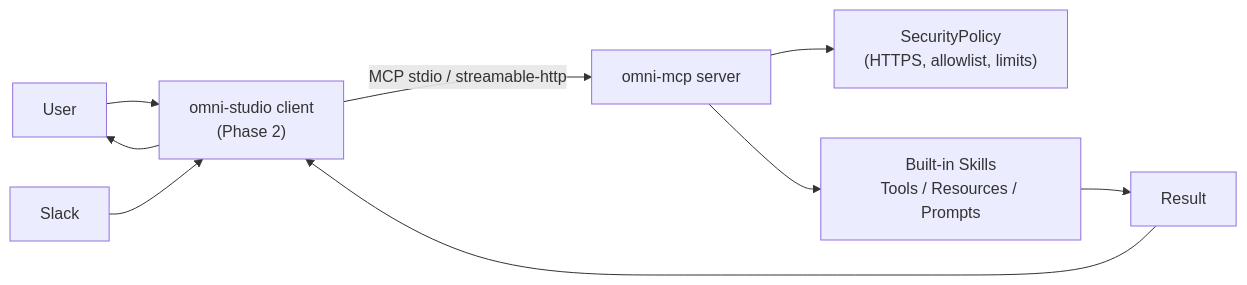
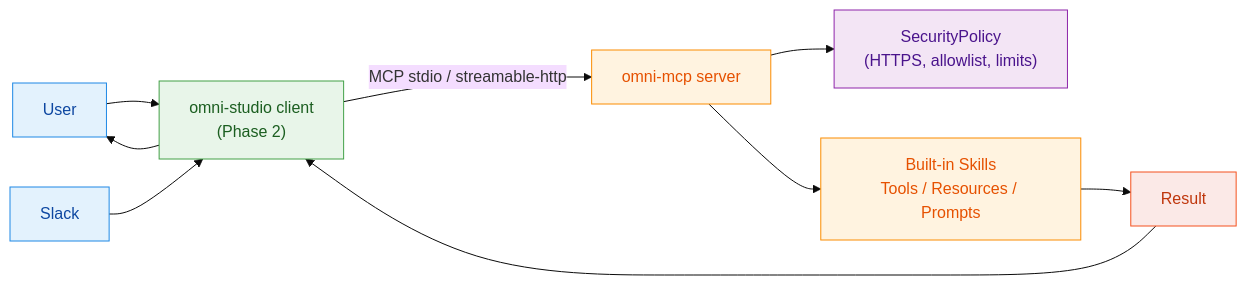
One commit to cloudsteak/omni-mcp changed the first of 3 diagrams in docs/ARCHITECTURE.md. Above: the diagram before and after it, drawn with Mermaid. The commit also changed other lines of this file and 1 other file, not shown here.

Commit message:
feat: enhance Mermaid diagrams with improved styling and structure

````diff
--- a/docs/ARCHITECTURE.md
+++ b/docs/ARCHITECTURE.md
@@ -22,12 +22,25 @@
 ```mermaid
+%%{init: {"theme": "base"}}%%
 flowchart LR
     U[User] --> C["omni-studio client<br/>(Phase 2)"]
     S[Slack] --> C
     C -->|MCP stdio / streamable-http| M[omni-mcp server]
 
     M --> P["SecurityPolicy<br/>(HTTPS, allowlist, limits)"]
     M --> K["Built-in Skills<br/>Tools / Resources / Prompts"]
     K --> R[Result]
     R --> C
     C --> U
+
+    classDef actor fill:#E3F2FD,stroke:#1E88E5,color:#0D47A1,stroke-width:1px;
+    classDef client fill:#E8F5E9,stroke:#43A047,color:#1B5E20,stroke-width:1px;
+    classDef server fill:#FFF3E0,stroke:#FB8C00,color:#E65100,stroke-width:1px;
+    classDef policy fill:#F3E5F5,stroke:#8E24AA,color:#4A148C,stroke-width:1px;
+    classDef result fill:#FBE9E7,stroke:#F4511E,color:#BF360C,stroke-width:1px;
+
+    class U,S actor;
+    class C client;
+    class M,K server;
+    class P policy;
+    class R result;
 ```
````
